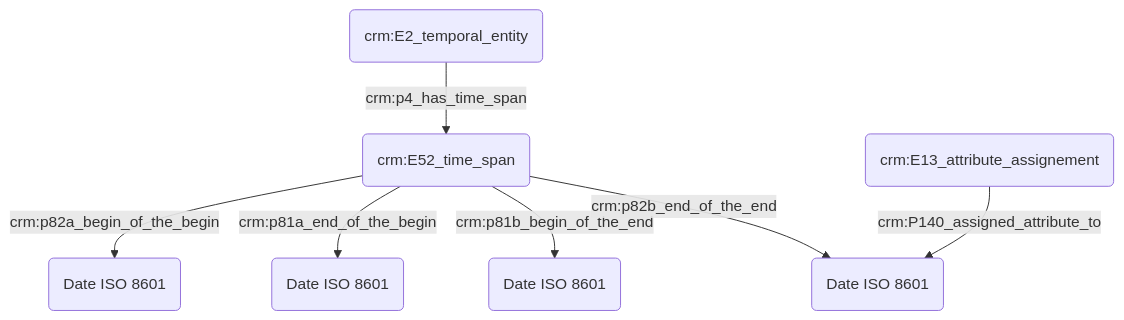
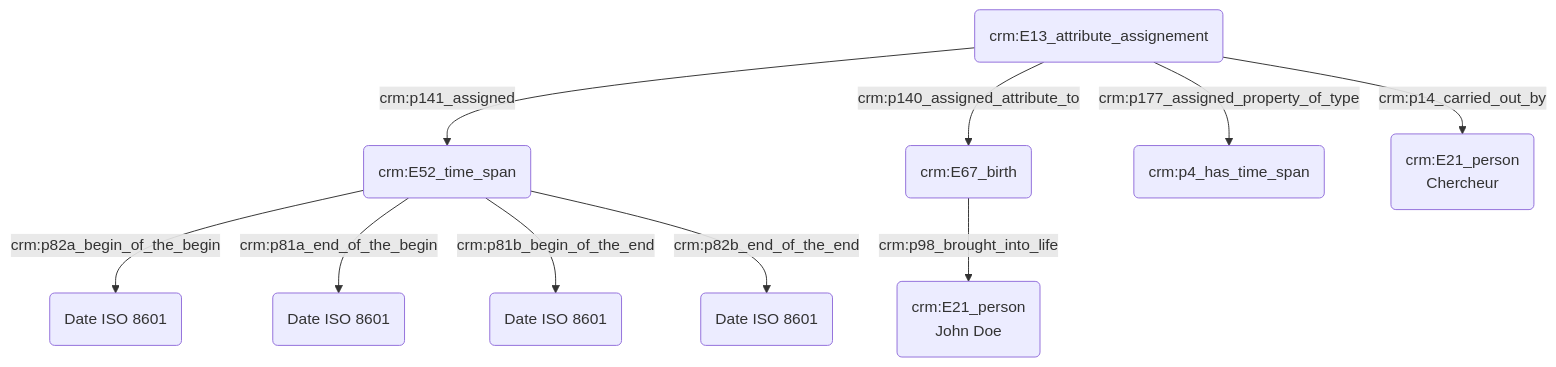
Before and after one commit to Amleth/consortium-musica2-gt2-ontologies: the diagram in modules/livrables/Dossier 2/Datation/expression d'une incertitude.md, drawn with Mermaid.

Commit message:
Update expression d'une incertitude.md

````diff
--- a/modules/livrables/Dossier 2/Datation/expression d'une incertitude.md
+++ b/modules/livrables/Dossier 2/Datation/expression d'une incertitude.md
@@ -18,14 +18,19 @@
 ```mermaid
 graph TD;
 
 
-A(crm:E2_temporal_entity) --> |crm:p4_has_time_span| B(crm:E52_time_span)
+
+
+I(crm:E67_birth) --> |crm:p98_brought_into_life| H(crm:E21_person<br>John Doe)
+G(crm:E13_attribute_assignement) -->|crm:p141_assigned| B(crm:E52_time_span)
+G(crm:E13_attribute_assignement) -->|crm:p177_assigned_property_of_type| K(crm:p4_has_time_span)
+G(crm:E13_attribute_assignement)  --> |crm:p140_assigned_attribute_to| I(crm:E67_birth)
+
+G(crm:E13_attribute_assignement) --> |crm:p14_carried_out_by| L(crm:E21_person<br>Chercheur)
+
 B(crm:E52_time_span) --> |crm:p82a_begin_of_the_begin| C("Date ISO 8601")
 B(crm:E52_time_span) --> |crm:p81a_end_of_the_begin| D("Date ISO 8601")
 B(crm:E52_time_span) --> |crm:p81b_begin_of_the_end| E("Date ISO 8601")
 B(crm:E52_time_span) --> |crm:p82b_end_of_the_end| F("Date ISO 8601")
 
-G(crm:E13_attribute_assignement)  --> |crm:P140_assigned_attribute_to| F("Date ISO 8601")
-
-
 ```
````
